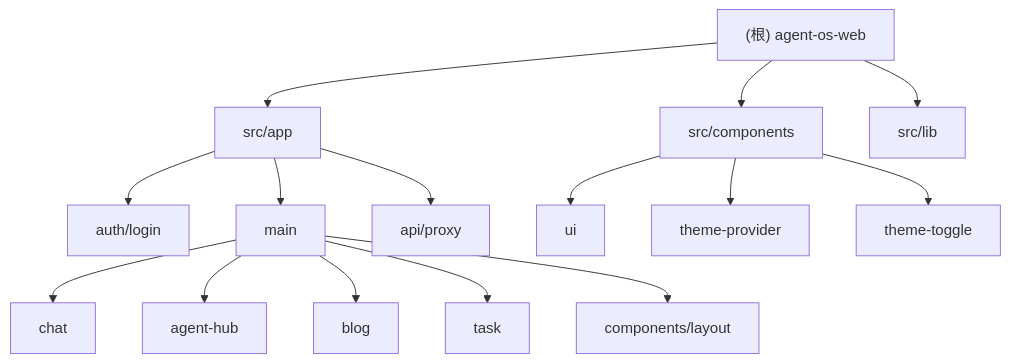
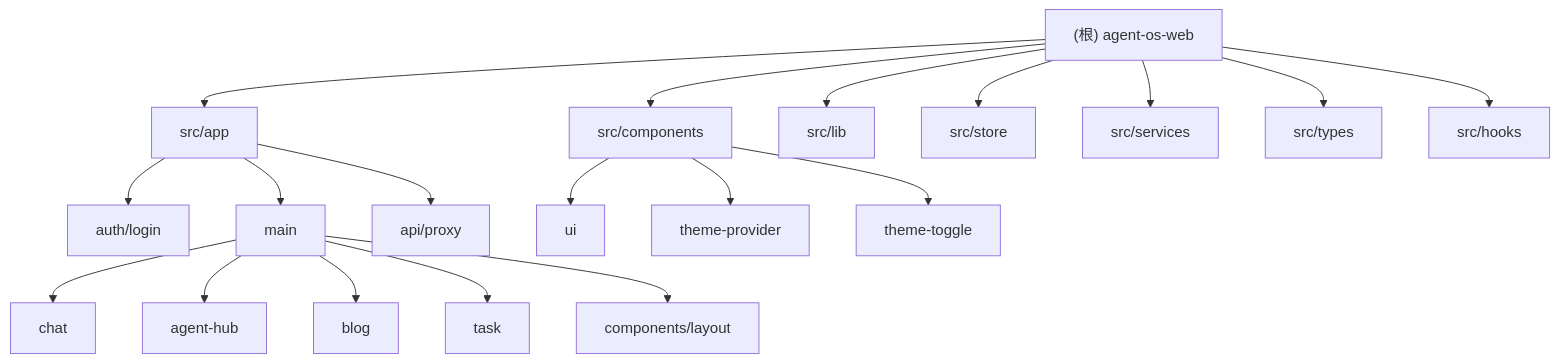
Before and after one commit to buhuijiaojiao/agent-os-web: the diagram in CLAUDE.md, drawn with Mermaid. The commit also changed other lines of this file and 8 other files, not shown here.

````diff
--- a/CLAUDE.md
+++ b/CLAUDE.md
@@ -51,25 +65,32 @@
 ```mermaid
 graph TD
     A["(根) agent-os-web"] --> B["src/app"]
     B --> C["auth/login"]
     B --> D["main"]
     B --> E["api/proxy"]
     D --> F["chat"]
     D --> G["agent-hub"]
     D --> H["blog"]
     D --> I["task"]
     D --> J["components/layout"]
     A --> K["src/components"]
     K --> L["ui"]
     K --> M["theme-provider"]
     K --> N["theme-toggle"]
     A --> O["src/lib"]
+    A --> P["src/store"]
+    A --> Q["src/services"]
+    A --> R["src/types"]
+    A --> S["src/hooks"]
 
     click C "./src/app/auth/login/CLAUDE.md" "查看登录模块文档"
     click F "./src/app/main/chat/CLAUDE.md" "查看聊天模块文档"
     click G "./src/app/main/agent-hub/CLAUDE.md" "查看智能体中心文档"
     click H "./src/app/main/blog/CLAUDE.md" "查看博客模块文档"
     click I "./src/app/main/task/CLAUDE.md" "查看任务控制台文档"
     click E "./src/app/api/proxy/CLAUDE.md" "查看 API 代理文档"
     click J "./src/app/main/components/layout/CLAUDE.md" "查看布局组件文档"
+    click P "./src/store/CLAUDE.md" "查看状态管理文档"
+    click Q "./src/services/CLAUDE.md" "查看服务层文档"
+    click R "./src/types/CLAUDE.md" "查看类型定义文档"
 ```
````
